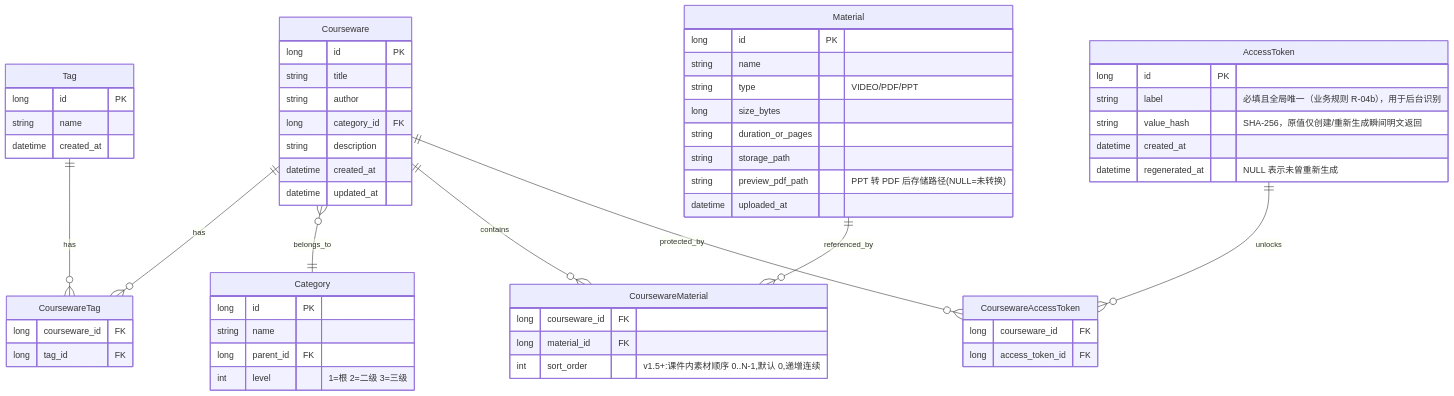
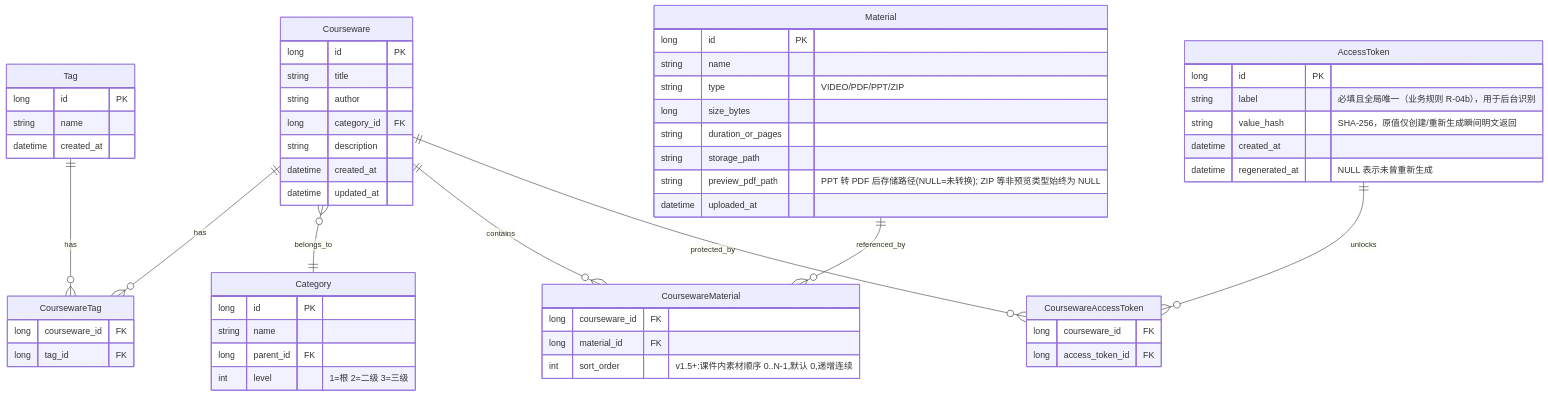
Before and after one commit to leo21cn/ai-learning-hub: the first of 2 diagrams in doc/spec/05-数据模型.md, drawn with Mermaid. The commit also changed other lines of this file and 54 other files, not shown here.

````diff
--- a/doc/spec/05-数据模型.md
+++ b/doc/spec/05-数据模型.md
@@ -7,61 +7,61 @@
 ```mermaid
 erDiagram
     Courseware ||--o{ CoursewareTag : has
     Tag ||--o{ CoursewareTag : has
     Courseware }o--|| Category : belongs_to
     Courseware ||--o{ CoursewareMaterial : contains
     Material ||--o{ CoursewareMaterial : referenced_by
     Courseware ||--o{ CoursewareAccessToken : protected_by
     AccessToken ||--o{ CoursewareAccessToken : unlocks
 
     Courseware {
         long id PK
         string title
         string author
         long category_id FK
         string description
         datetime created_at
         datetime updated_at
     }
     Category {
         long id PK
         string name
         long parent_id FK
         int level "1=根 2=二级 3=三级"
     }
     Tag {
         long id PK
         string name
         datetime created_at
     }
     CoursewareTag {
         long courseware_id FK
         long tag_id FK
     }
     Material {
         long id PK
         string name
-        string type "VIDEO/PDF/PPT"
+        string type "VIDEO/PDF/PPT/ZIP"
         long size_bytes
         string duration_or_pages
         string storage_path
-        string preview_pdf_path "PPT 转 PDF 后存储路径(NULL=未转换)"
+        string preview_pdf_path "PPT 转 PDF 后存储路径(NULL=未转换); ZIP 等非预览类型始终为 NULL"
         datetime uploaded_at
     }
     CoursewareMaterial {
         long courseware_id FK
         long material_id FK
         int sort_order "v1.5+:课件内素材顺序 0..N-1,默认 0,递增连续"
     }
     AccessToken {
         long id PK
         string label "必填且全局唯一（业务规则 R-04b），用于后台识别"
         string value_hash "SHA-256，原值仅创建/重新生成瞬间明文返回"
         datetime created_at
         datetime regenerated_at "NULL 表示未曾重新生成"
     }
     CoursewareAccessToken {
         long courseware_id FK
         long access_token_id FK
     }
 ```
````
